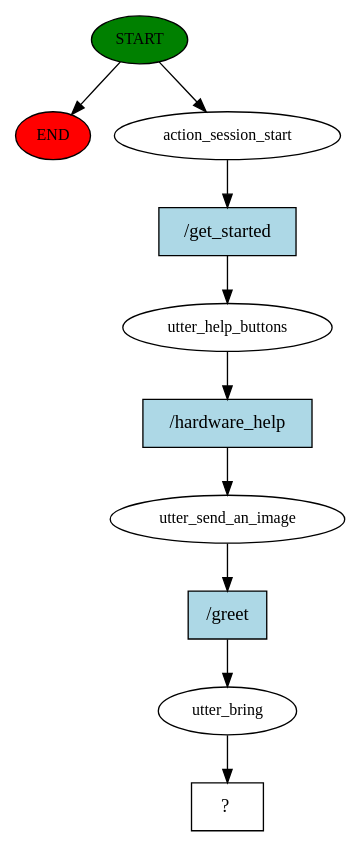
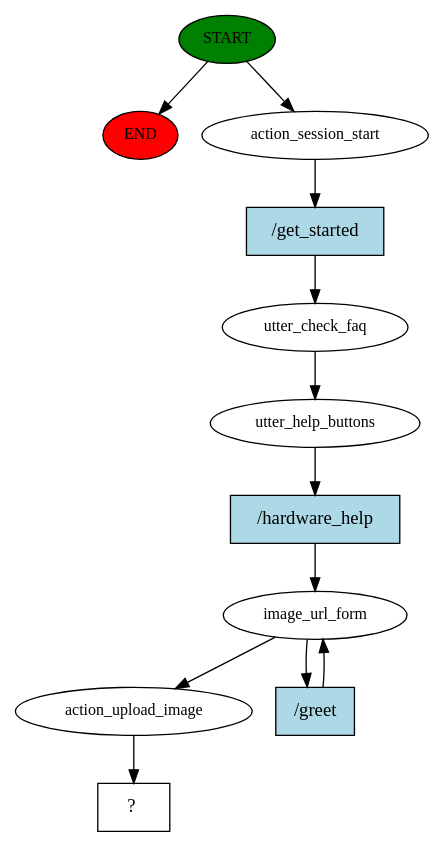
Before and after one commit to Josphatkips/rasa_hearing_aid: the diagram in story_graph.dot, drawn with Graphviz. The commit also changed 4 other files, not shown here.

```diff
--- a/story_graph.dot
+++ b/story_graph.dot
@@ -1,21 +1,24 @@
 digraph  {
 0 [class="start active", fillcolor=green, fontsize=12, label=START, style=filled];
 "-1" [class=end, fillcolor=red, fontsize=12, label=END, style=filled];
 1 [class=active, fontsize=12, label=action_session_start];
-2 [class=active, fontsize=12, label=utter_help_buttons];
-3 [class=active, fontsize=12, label=utter_send_an_image];
-4 [class=active, fontsize=12, label=utter_bring];
-5 [class="intent dashed active", label="  ?  ", shape=rect];
-6 [class="intent active", fillcolor=lightblue, label="/get_started", shape=rect, style=filled];
-7 [class="intent active", fillcolor=lightblue, label="/hardware_help", shape=rect, style=filled];
-8 [class="intent active", fillcolor=lightblue, label="/greet", shape=rect, style=filled];
+2 [class=active, fontsize=12, label=utter_check_faq];
+3 [class=active, fontsize=12, label=utter_help_buttons];
+4 [class=active, fontsize=12, label=image_url_form];
+6 [class=active, fontsize=12, label=action_upload_image];
+7 [class="intent dashed active", label="  ?  ", shape=rect];
+8 [class="intent active", fillcolor=lightblue, label="/get_started", shape=rect, style=filled];
+9 [class="intent active", fillcolor=lightblue, label="/hardware_help", shape=rect, style=filled];
+10 [class="intent active", fillcolor=lightblue, label="/greet", shape=rect, style=filled];
 0 -> "-1"  [class="", key=NONE, label=""];
 0 -> 1  [class=active, key=NONE, label=""];
-1 -> 6  [class=active, key=0];
-2 -> 7  [class=active, key=0];
-3 -> 8  [class=active, key=0];
-4 -> 5  [class=active, key=NONE, label=""];
-6 -> 2  [class=active, key=0];
-7 -> 3  [class=active, key=0];
-8 -> 4  [class=active, key=0];
+1 -> 8  [class=active, key=0];
+2 -> 3  [class=active, key=NONE, label=""];
+3 -> 9  [class=active, key=0];
+4 -> 6  [class=active, key=NONE, label=""];
+4 -> 10  [class=active, key=0];
+6 -> 7  [class=active, key=NONE, label=""];
+8 -> 2  [class=active, key=0];
+9 -> 4  [class=active, key=0];
+10 -> 4  [class=active, key=0];
 }
```
